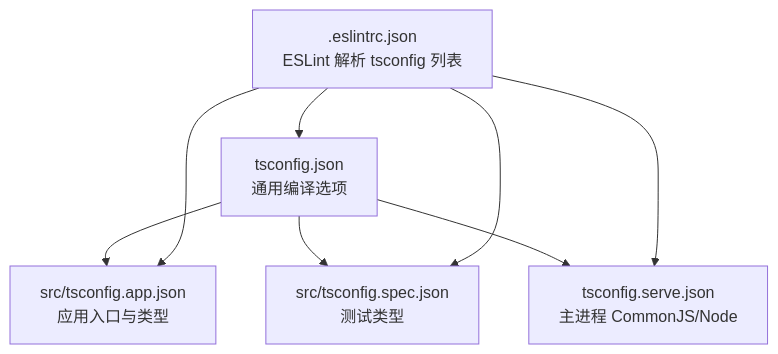
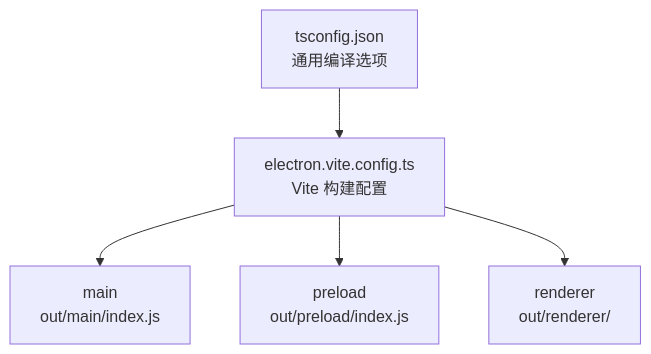
One commit to haolange/RDC-Agent changed the third of 5 diagrams in .qoder/repowiki/zh/content/构建与打包/构建脚本与工作流程.md. Above: the diagram before and after it, drawn with Mermaid. The commit also changed other lines of this file and 3 other files, not shown here.

````diff
--- a/.qoder/repowiki/zh/content/构建与打包/构建脚本与工作流程.md
+++ b/.qoder/repowiki/zh/content/构建与打包/构建脚本与工作流程.md
@@ -172,10 +142,7 @@
 ```mermaid
 flowchart TD
-ROOT["tsconfig.json<br/>通用编译选项"] --> APP["src/tsconfig.app.json<br/>应用入口与类型"]
-ROOT --> SPEC["src/tsconfig.spec.json<br/>测试类型"]
-ROOT --> SERVE["tsconfig.serve.json<br/>主进程 CommonJS/Node"]
-ESLINT[".eslintrc.json<br/>ESLint 解析 tsconfig 列表"] --> ROOT
-ESLINT --> APP
-ESLINT --> SPEC
-ESLINT --> SERVE
+ROOT["tsconfig.json<br/>通用编译选项"] --> VITE["electron.vite.config.ts<br/>Vite 构建配置"]
+VITE --> MAIN["main<br/>out/main/index.js"]
+VITE --> PRELOAD["preload<br/>out/preload/index.js"]
+VITE --> RENDERER["renderer<br/>out/renderer/"]
 ```
````
